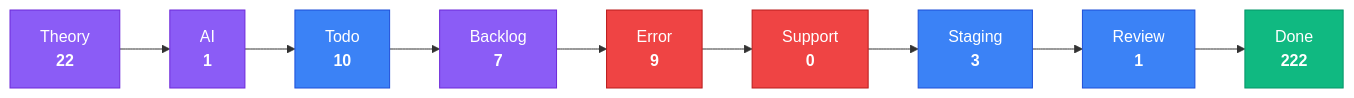
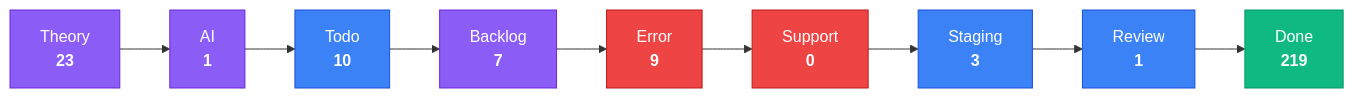
Before and after one commit to KBVE/kbve: the third of 4 diagrams in apps/kbve/astro-kbve/src/content/docs/dashboard/kanban-data.mdx, drawn with Mermaid. The commit also changed other lines of this file and 7 other files, not shown here.

````diff
--- a/apps/kbve/astro-kbve/src/content/docs/dashboard/kanban-data.mdx
+++ b/apps/kbve/astro-kbve/src/content/docs/dashboard/kanban-data.mdx
@@ -80,28 +80,28 @@
 ```mermaid
 flowchart LR
     classDef planning fill:#8b5cf6,stroke:#6d28d9,color:#fff
     classDef active fill:#3b82f6,stroke:#1d4ed8,color:#fff
     classDef blocked fill:#ef4444,stroke:#b91c1c,color:#fff
     classDef done fill:#10b981,stroke:#059669,color:#fff
-    Theory["Theory<br/><strong>22</strong>"]
+    Theory["Theory<br/><strong>23</strong>"]
     Theory --> AI
     AI["AI<br/><strong>1</strong>"]
     AI --> Todo
     Todo["Todo<br/><strong>10</strong>"]
     Todo --> Backlog
     Backlog["Backlog<br/><strong>7</strong>"]
     Backlog --> Error
     Error["Error<br/><strong>9</strong>"]
     Error --> Support
     Support["Support<br/><strong>0</strong>"]
     Support --> Staging
     Staging["Staging<br/><strong>3</strong>"]
     Staging --> Review
     Review["Review<br/><strong>1</strong>"]
     Review --> Done
-    Done["Done<br/><strong>222</strong>"]
+    Done["Done<br/><strong>219</strong>"]
     class Theory,AI,Backlog planning
     class Todo,Staging,Review active
     class Error,Support blocked
     class Done done
 ```
````
